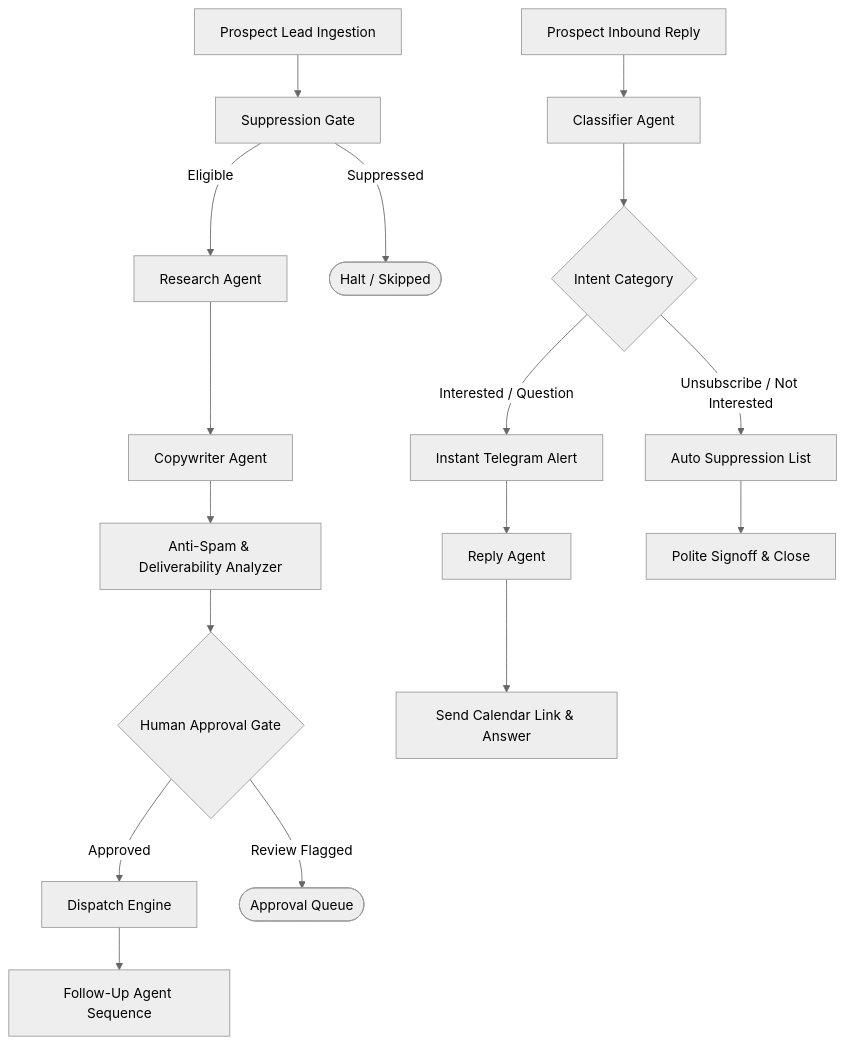
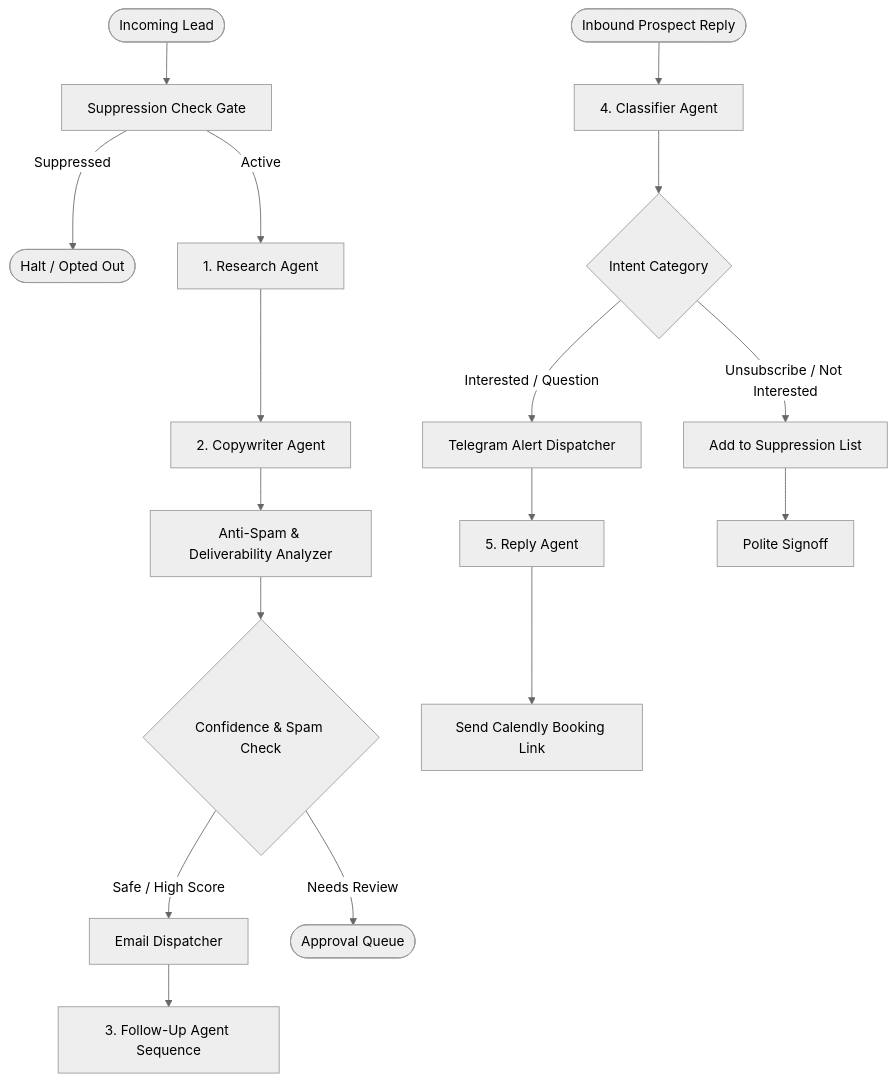
One commit to Nabab-Hub/mazaoutreach changed the first of 2 diagrams in agentic-ai/USER_MANUAL.md. Above: the diagram before and after it, drawn with Mermaid (neutral theme). The commit also changed other lines of this file, not shown here.

````diff
--- a/agentic-ai/USER_MANUAL.md
+++ b/agentic-ai/USER_MANUAL.md
@@ -23,20 +48,20 @@
 ```mermaid
 flowchart TD
-    A[Prospect Lead Ingestion] --> B[Suppression Gate]
-    B -->|Eligible| C[Research Agent]
-    B -->|Suppressed| End1([Halt / Skipped])
-    C --> D[Copywriter Agent]
-    D --> E[Anti-Spam & Deliverability Analyzer]
-    E --> F{Human Approval Gate}
-    F -->|Approved| G[Dispatch Engine]
-    F -->|Review Flagged| Review([Approval Queue])
-    G --> H[Follow-Up Agent Sequence]
+    Lead([Incoming Lead]) --> SuppCheck[Suppression Check Gate]
+    SuppCheck -->|Suppressed| Stop([Halt / Opted Out])
+    SuppCheck -->|Active| ResearchAgent[1. Research Agent]
+    ResearchAgent --> CopyAgent[2. Copywriter Agent]
+    CopyAgent --> SpamTool[Anti-Spam & Deliverability Analyzer]
+    SpamTool --> ApprovalGate{Confidence & Spam Check}
+    ApprovalGate -->|Safe / High Score| DispatchNode[Email Dispatcher]
+    ApprovalGate -->|Needs Review| FlagReview([Approval Queue])
+    DispatchNode --> FollowupAgent[3. Follow-Up Agent Sequence]
 
-    I[Prospect Inbound Reply] --> J[Classifier Agent]
-    J --> K{Intent Category}
-    K -->|Interested / Question| L[Instant Telegram Alert]
-    L --> M[Reply Agent]
-    M --> N[Send Calendar Link & Answer]
-    K -->|Unsubscribe / Not Interested| O[Auto Suppression List]
-    O --> P[Polite Signoff & Close]
+    Inbound([Inbound Prospect Reply]) --> ClassifyAgent[4. Classifier Agent]
+    ClassifyAgent --> IntentBranch{Intent Category}
+    IntentBranch -->|Interested / Question| TeleAlert[Telegram Alert Dispatcher]
+    TeleAlert --> ReplyAgent[5. Reply Agent]
+    ReplyAgent --> SendCal[Send Calendly Booking Link]
+    IntentBranch -->|Unsubscribe / Not Interested| Suppress[Add to Suppression List]
+    Suppress --> CloseOut[Polite Signoff]
 ```
````
